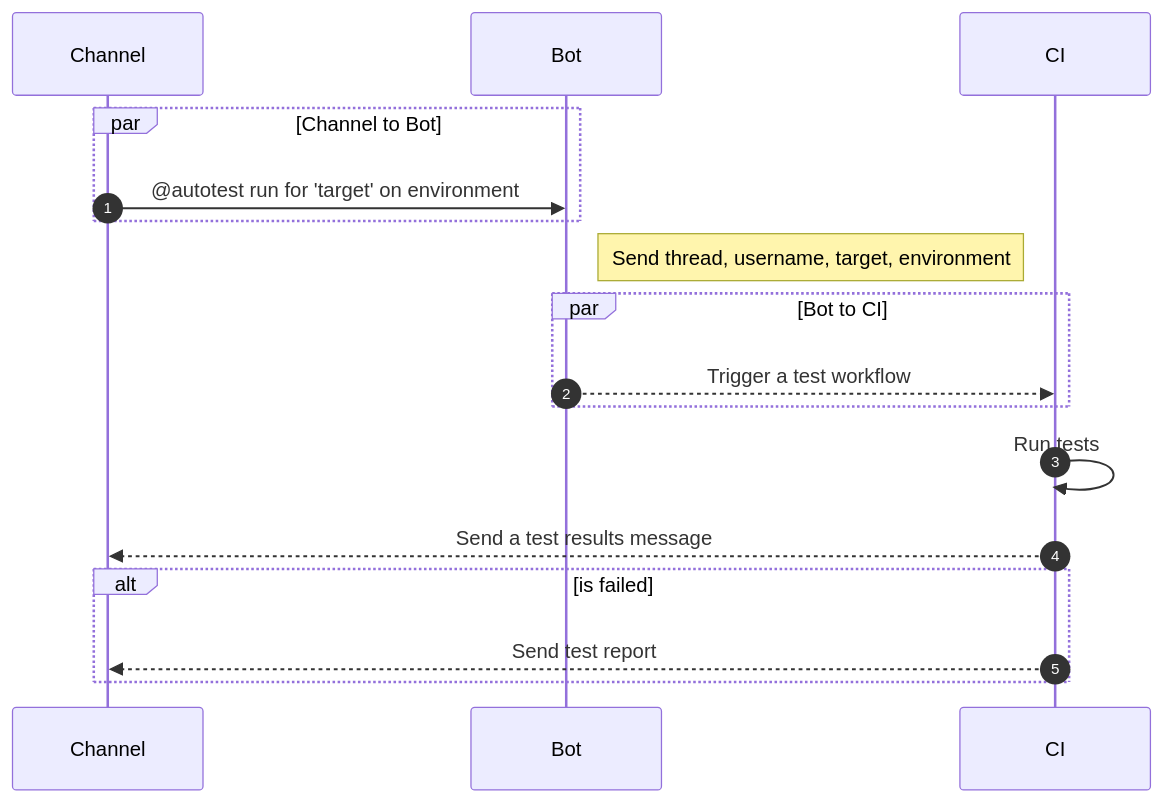
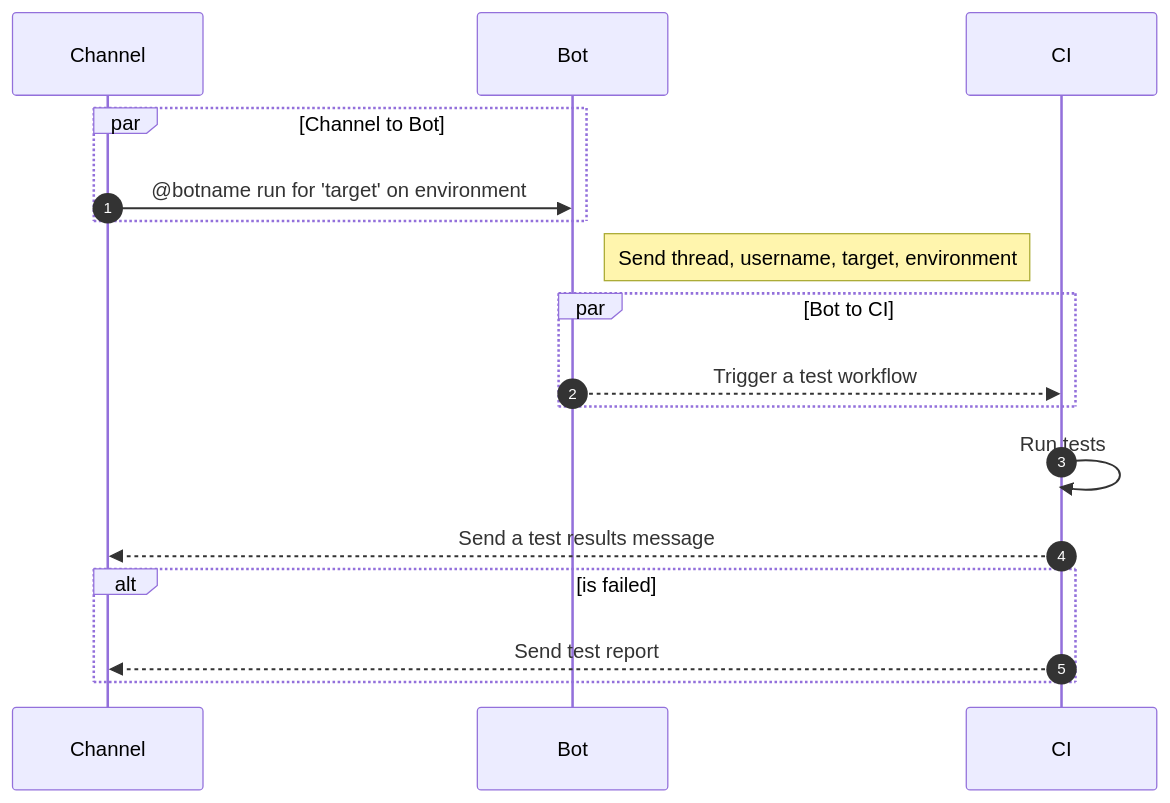
One commit to bgtestlab/slack-app-test changed the diagram in README.md. Above: the diagram before and after it, drawn with Mermaid.

````diff
--- a/README.md
+++ b/README.md
@@ -3,16 +3,16 @@
 ```mermaid
 sequenceDiagram
     autonumber
     par Channel to Bot
-        Channel->>Bot: @autotest run for 'target' on environment
+        Channel->>Bot: @botname run for 'target' on environment
     end
     Note right of Bot: Send thread, username, target, environment
     par Bot to CI
     Bot-->>CI: Trigger a test workflow
     end
     CI->>CI: Run tests
     CI-->>Channel: Send a test results message
     alt is failed
         CI-->>Channel: Send test report
     end   
 ```
````
